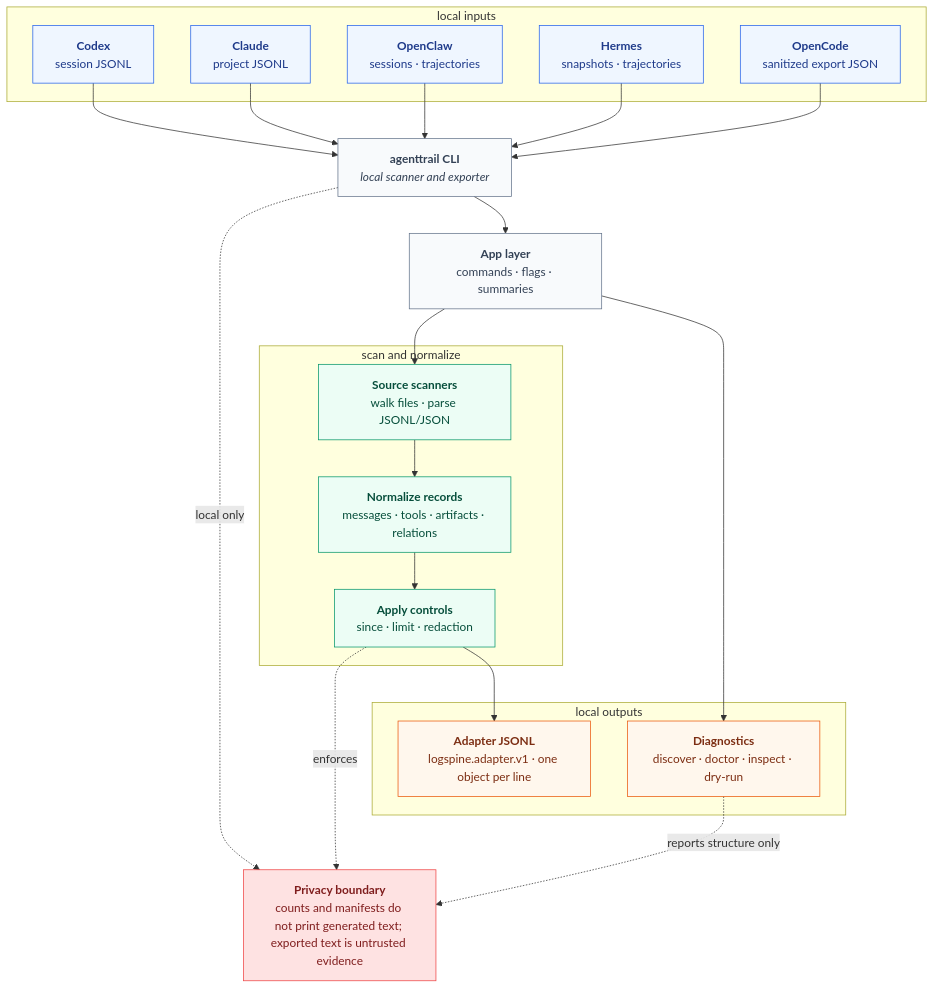
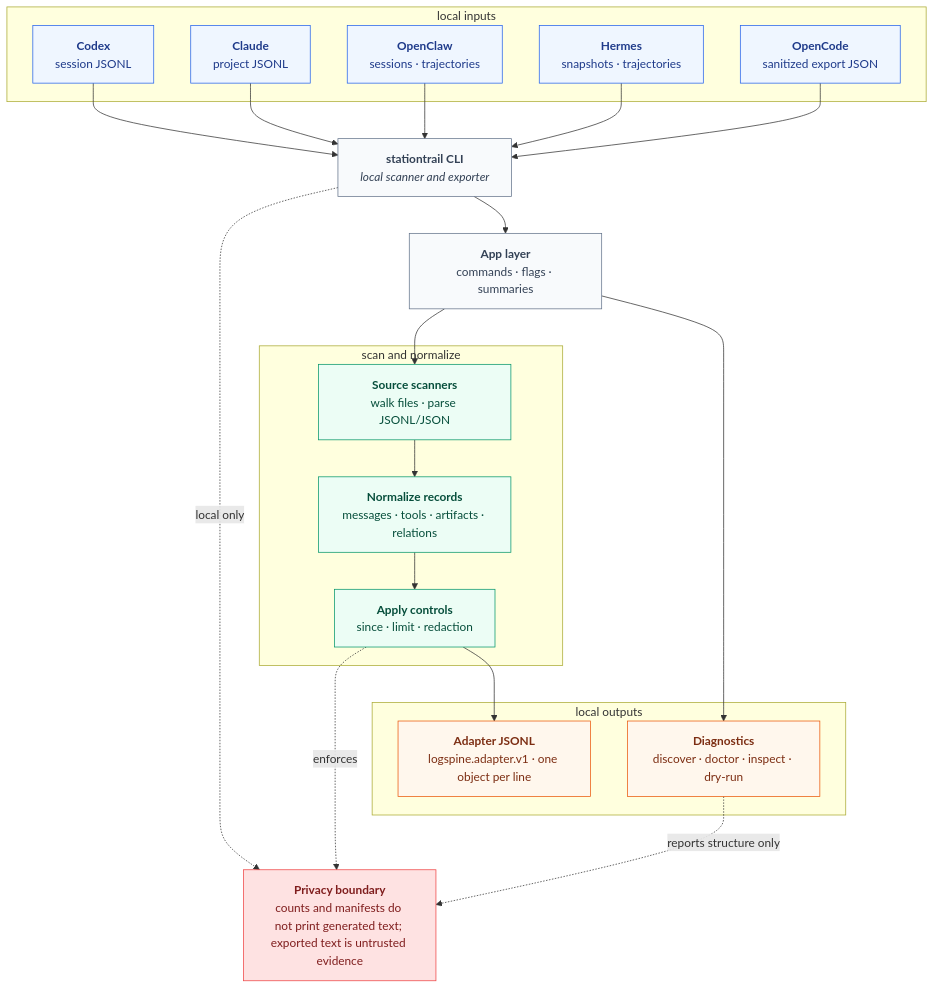
Before and after one commit to solomonneas/agenttrail: the first of 2 diagrams in README.md, drawn with Mermaid. The commit also changed other lines of this file and 23 other files, not shown here.

Commit message:
chore: rename agenttrail to stationtrail

````diff
--- a/README.md
+++ b/README.md
@@ -21,47 +21,47 @@
 ```mermaid
 flowchart TB
-    CLI["<b>agenttrail CLI</b><br/><i>local scanner and exporter</i>"]
+    CLI["<b>stationtrail CLI</b><br/><i>local scanner and exporter</i>"]
     APP["<b>App layer</b><br/>commands &middot; flags &middot; summaries"]
 
     subgraph INPUTS [" local inputs "]
         CODEX["<b>Codex</b><br/>session JSONL"]
         CLAUDE["<b>Claude</b><br/>project JSONL"]
         OPENCLAW["<b>OpenClaw</b><br/>sessions &middot; trajectories"]
         HERMES["<b>Hermes</b><br/>snapshots &middot; trajectories"]
         OPENCODE["<b>OpenCode</b><br/>sanitized export JSON"]
     end
 
     CODEX & CLAUDE & OPENCLAW & HERMES & OPENCODE --> CLI --> APP
 
     subgraph PIPELINE [" scan and normalize "]
         SCAN["<b>Source scanners</b><br/>walk files &middot; parse JSONL/JSON"]
         NORMALIZE["<b>Normalize records</b><br/>messages &middot; tools &middot; artifacts &middot; relations"]
         FILTER["<b>Apply controls</b><br/>since &middot; limit &middot; redaction"]
     end
 
     APP --> SCAN --> NORMALIZE --> FILTER
 
     subgraph OUTPUTS [" local outputs "]
         ADAPTER["<b>Adapter JSONL</b><br/>logspine.adapter.v1 &middot; one object per line"]
         SUMMARY["<b>Diagnostics</b><br/>discover &middot; doctor &middot; inspect &middot; dry-run"]
     end
 
     FILTER --> ADAPTER
     APP --> SUMMARY
 
     GUARD["<b>Privacy boundary</b><br/>counts and manifests do not print generated text; exported text is untrusted evidence"]
     CLI -. local only .-> GUARD
     FILTER -. enforces .-> GUARD
     SUMMARY -. reports structure only .-> GUARD
 
     classDef source fill:#eff6ff,stroke:#2563eb,color:#1e3a8a;
     classDef process fill:#ecfdf5,stroke:#059669,color:#064e3b;
     classDef stream fill:#fff7ed,stroke:#ea580c,color:#7c2d12;
     classDef guard fill:#fee2e2,stroke:#ef4444,color:#7f1d1d;
     classDef local fill:#f8fafc,stroke:#64748b,color:#334155;
     class CLI,APP local;
     class CODEX,CLAUDE,OPENCLAW,HERMES,OPENCODE source;
     class SCAN,NORMALIZE,FILTER process;
     class ADAPTER,SUMMARY stream;
     class GUARD guard;
 ```
````
